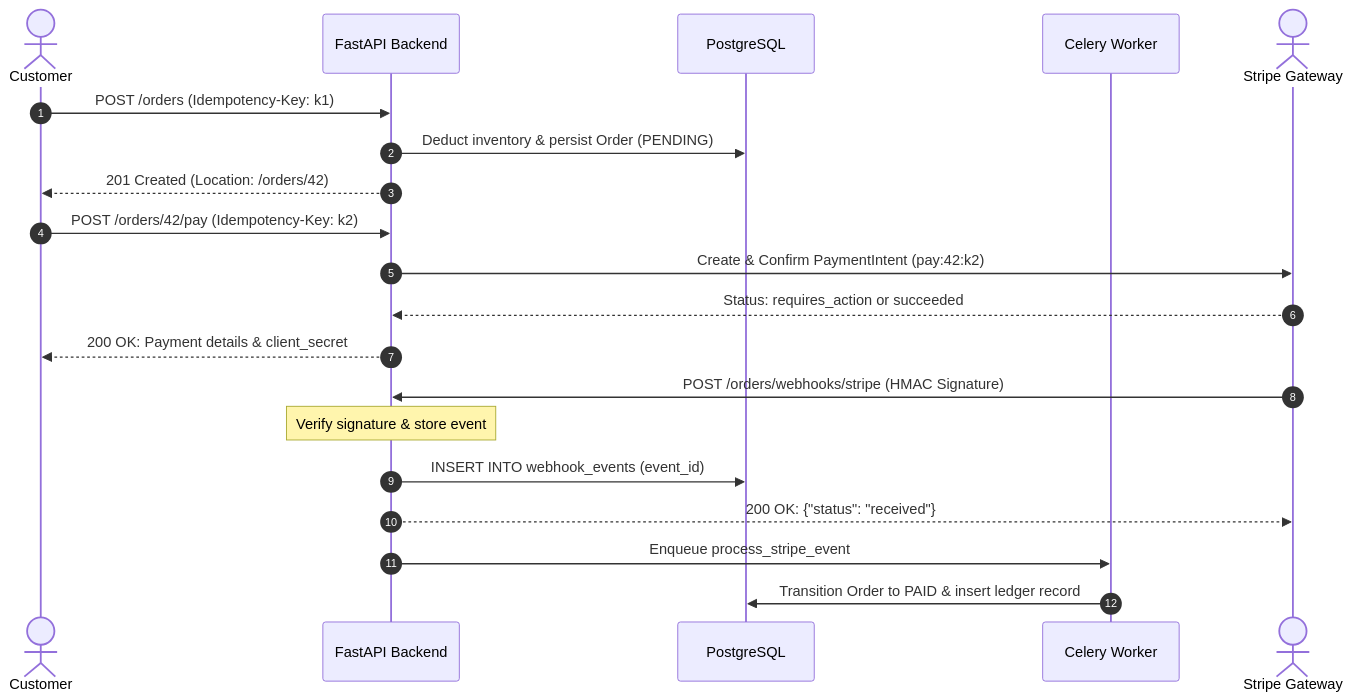
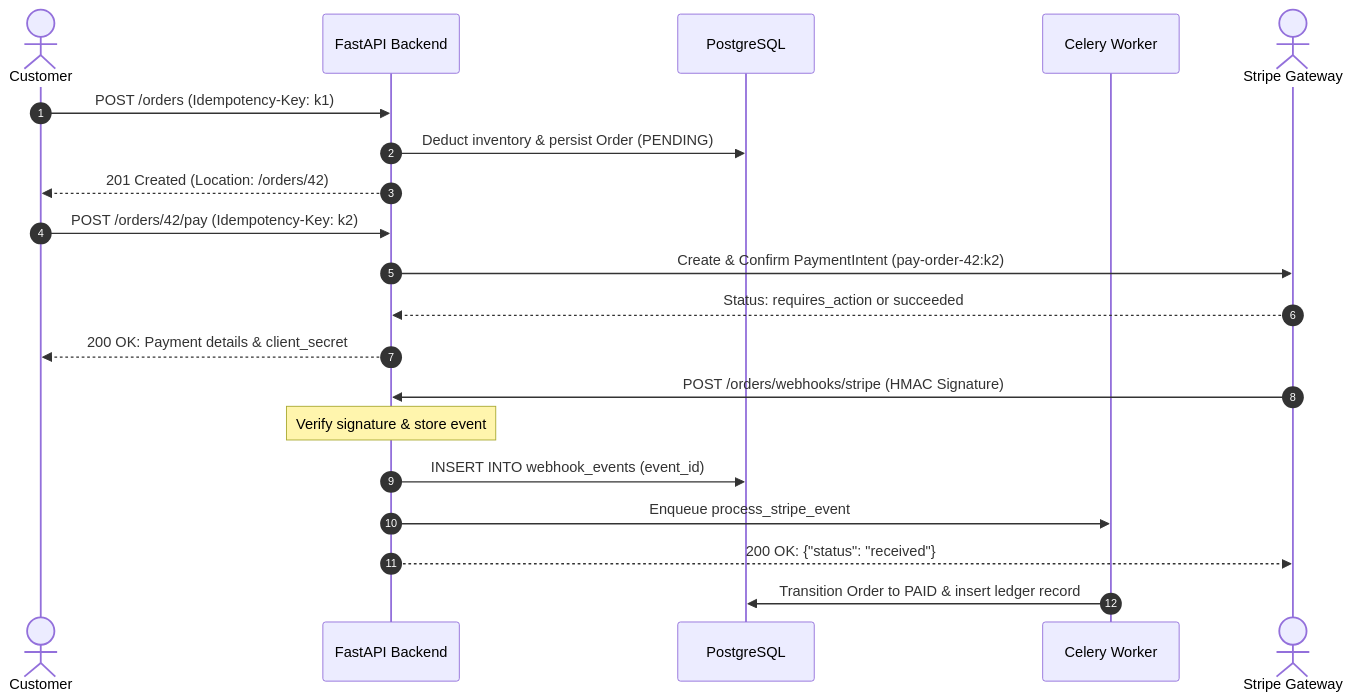
One commit to nadeko0/fastapi_e-commerce_backend changed the second of 2 diagrams in docs/API.md. Above: the diagram before and after it, drawn with Mermaid. The commit also changed other lines of this file and 12 other files, not shown here.

````diff
--- a/docs/API.md
+++ b/docs/API.md
@@ -186,23 +190,23 @@
 ```mermaid
 sequenceDiagram
     autonumber
     actor Customer
     participant API as FastAPI Backend
     participant DB as PostgreSQL
     participant Worker as Celery Worker
     actor Stripe as Stripe Gateway
 
     Customer->>API: POST /orders (Idempotency-Key: k1)
     API->>DB: Deduct inventory & persist Order (PENDING)
     API-->>Customer: 201 Created (Location: /orders/42)
     Customer->>API: POST /orders/42/pay (Idempotency-Key: k2)
-    API->>Stripe: Create & Confirm PaymentIntent (pay:42:k2)
+    API->>Stripe: Create & Confirm PaymentIntent (pay-order-42:k2)
     Stripe-->>API: Status: requires_action or succeeded
     API-->>Customer: 200 OK: Payment details & client_secret
     Stripe->>API: POST /orders/webhooks/stripe (HMAC Signature)
     Note over API: Verify signature & store event
     API->>DB: INSERT INTO webhook_events (event_id)
+    API->>Worker: Enqueue process_stripe_event
     API-->>Stripe: 200 OK: {"status": "received"}
-    API->>Worker: Enqueue process_stripe_event
     Worker->>DB: Transition Order to PAID & insert ledger record
 ```
````
